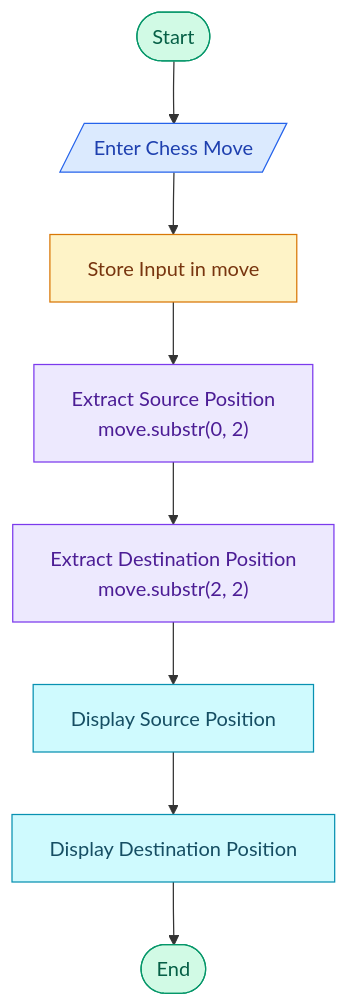
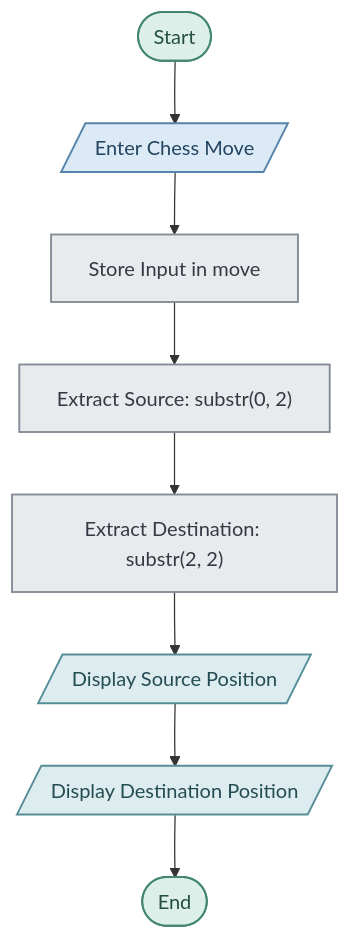
Before and after one commit to AliFaryadDev/Chess-Engine-in-C-: the diagram in Step Five — String Parsing/README.md, drawn with Mermaid. The commit also changed other lines of this file, not shown here.

````diff
--- a/Step Five — String Parsing/README.md
+++ b/Step Five — String Parsing/README.md
@@ -324,19 +292,20 @@
 ```mermaid
 flowchart TD
     A([Start]) --> B[/Enter Chess Move/]
     B --> C[Store Input in move]
-    C --> D["Extract Source Position<br/>move.substr(0, 2)"]
-    D --> E["Extract Destination Position<br/>move.substr(2, 2)"]
-    E --> F[Display Source Position]
-    F --> G[Display Destination Position]
+    C --> D["Extract Source: substr(0, 2)"]
+    D --> E["Extract Destination: substr(2, 2)"]
+    E --> F[/Display Source Position/]
+    F --> G[/Display Destination Position/]
     G --> H([End])
 
-    style A fill:#d1fae5,stroke:#059669,color:#065f46
-    style H fill:#d1fae5,stroke:#059669,color:#065f46
-    style B fill:#dbeafe,stroke:#2563eb,color:#1e40af
-    style C fill:#fef3c7,stroke:#d97706,color:#78350f
-    style D fill:#ede9fe,stroke:#7c3aed,color:#4c1d95
-    style E fill:#ede9fe,stroke:#7c3aed,color:#4c1d95
-    style F fill:#cffafe,stroke:#0891b2,color:#164e63
-    style G fill:#cffafe,stroke:#0891b2,color:#164e63
+    classDef startEnd fill:#DCEFE8,stroke:#43866D,color:#244F40,stroke-width:1.5px
+    classDef input fill:#DCEAF7,stroke:#5683AA,color:#23445F,stroke-width:1.5px
+    classDef process fill:#E9EAED,stroke:#858B96,color:#343943,stroke-width:1.5px
+    classDef output fill:#DDECEF,stroke:#568D96,color:#244C53,stroke-width:1.5px
+
+    class A,H startEnd
+    class B input
+    class C,D,E process
+    class F,G output
 ```
````
